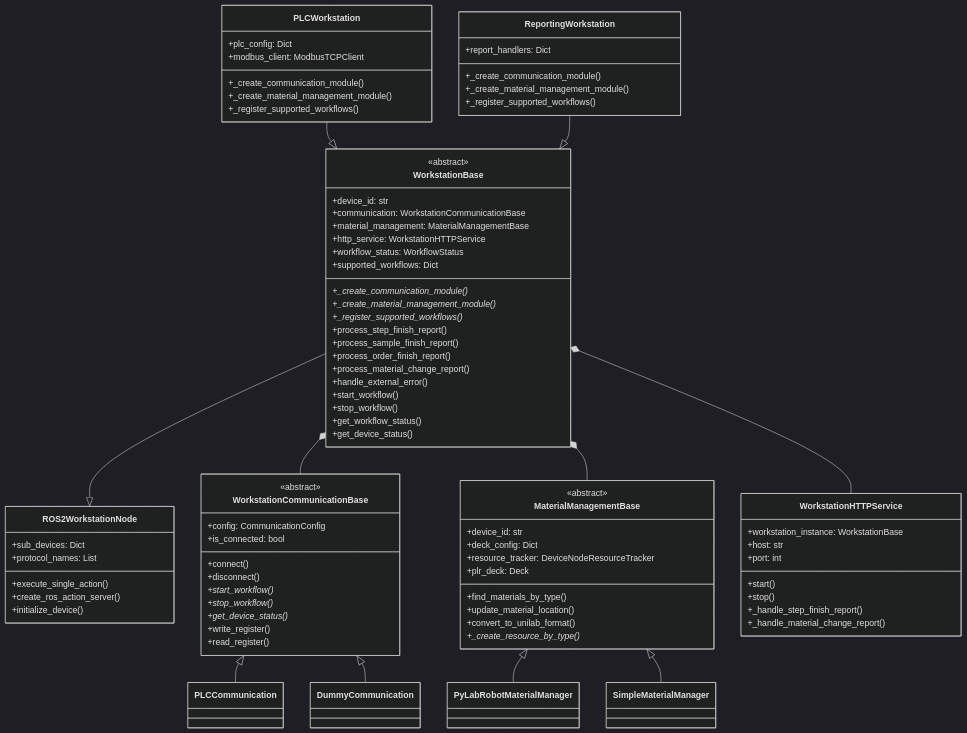
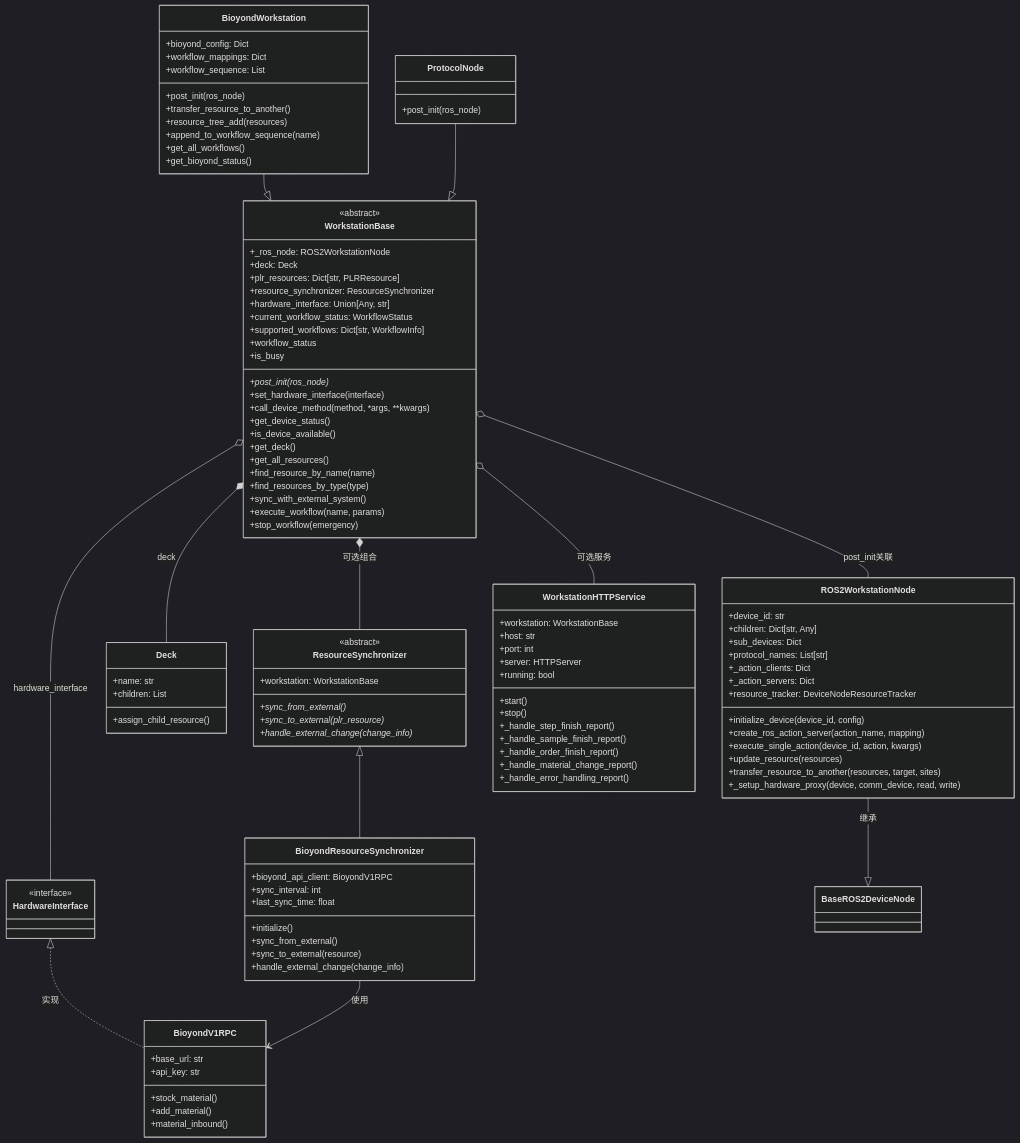
Before and after one commit to dptech-corp/Uni-Lab-OS: the fourth of 8 diagrams in docs/developer_guide/workstation_architecture.md, drawn with Mermaid (dark theme). The commit also changed other lines of this file and 23 other files, not shown here.

````diff
--- a/docs/developer_guide/workstation_architecture.md
+++ b/docs/developer_guide/workstation_architecture.md
@@ -49,99 +163,140 @@
-```mermaid
+```{mermaid}
 classDiagram
     class WorkstationBase {
         <<abstract>>
+        +_ros_node: ROS2WorkstationNode
+        +deck: Deck
+        +plr_resources: Dict[str, PLRResource]
+        +resource_synchronizer: ResourceSynchronizer
+        +hardware_interface: Union[Any, str]
+        +current_workflow_status: WorkflowStatus
+        +supported_workflows: Dict[str, WorkflowInfo]
+    
+        +post_init(ros_node)*
+        +set_hardware_interface(interface)
+        +call_device_method(method, *args, **kwargs)
+        +get_device_status()
+        +is_device_available()
+    
+        +get_deck()
+        +get_all_resources()
+        +find_resource_by_name(name)
+        +find_resources_by_type(type)
+        +sync_with_external_system()
+    
+        +execute_workflow(name, params)
+        +stop_workflow(emergency)
+        +workflow_status
+        +is_busy
+    }
+  
+    class ROS2WorkstationNode {
         +device_id: str
-        +communication: WorkstationCommunicationBase
-        +material_management: MaterialManagementBase
-        +http_service: WorkstationHTTPService
-        +workflow_status: WorkflowStatus
-        +supported_workflows: Dict
-        
-        +_create_communication_module()* 
-        +_create_material_management_module()*
-        +_register_supported_workflows()*
-        
-        +process_step_finish_report()
-        +process_sample_finish_report()
-        +process_order_finish_report()
-        +process_material_change_report()
-        +handle_external_error()
-        
-        +start_workflow()
-        +stop_workflow()
-        +get_workflow_status()
-        +get_device_status()
+        +children: Dict[str, Any]
+        +sub_devices: Dict
+        +protocol_names: List[str]
+        +_action_clients: Dict
+        +_action_servers: Dict
+        +resource_tracker: DeviceNodeResourceTracker
+    
+        +initialize_device(device_id, config)
+        +create_ros_action_server(action_name, mapping)
+        +execute_single_action(device_id, action, kwargs)
+        +update_resource(resources)
+        +transfer_resource_to_another(resources, target, sites)
+        +_setup_hardware_proxy(device, comm_device, read, write)
     }
+  
+    %% 物料管理相关类
+    class Deck {
+        +name: str
+        +children: List
+        +assign_child_resource()
+    }
+  
+    class ResourceSynchronizer {
+        <<abstract>>
+        +workstation: WorkstationBase
+        +sync_from_external()*
+        +sync_to_external(plr_resource)*
+        +handle_external_change(change_info)*
+    }
+  
+    class BioyondResourceSynchronizer {
+        +bioyond_api_client: BioyondV1RPC
+        +sync_interval: int
+        +last_sync_time: float
     
-    class ROS2WorkstationNode {
-        +sub_devices: Dict
-        +protocol_names: List
-        +execute_single_action()
-        +create_ros_action_server()
-        +initialize_device()
+        +initialize()
+        +sync_from_external()
+        +sync_to_external(resource)
+        +handle_external_change(change_info)
     }
-    
-    class WorkstationCommunicationBase {
-        <<abstract>>
-        +config: CommunicationConfig
-        +is_connected: bool
-        +connect()
-        +disconnect()
-        +start_workflow()*
-        +stop_workflow()*
-        +get_device_status()*
-        +write_register()
-        +read_register()
+  
+    %% 硬件接口相关类
+    class HardwareInterface {
+        <<interface>>
     }
-    
-    class MaterialManagementBase {
-        <<abstract>>
-        +device_id: str
-        +deck_config: Dict
-        +resource_tracker: DeviceNodeResourceTracker
-        +plr_deck: Deck
-        +find_materials_by_type()
-        +update_material_location()
-        +convert_to_unilab_format()
-        +_create_resource_by_type()*
+  
+    class BioyondV1RPC {
+        +base_url: str
+        +api_key: str
+        +stock_material()
+        +add_material()
+        +material_inbound()
     }
-    
+  
+    %% 服务类
     class WorkstationHTTPService {
-        +workstation_instance: WorkstationBase
+        +workstation: WorkstationBase
         +host: str
         +port: int
+        +server: HTTPServer
+        +running: bool
+    
         +start()
         +stop()
         +_handle_step_finish_report()
+        +_handle_sample_finish_report()
+        +_handle_order_finish_report()
         +_handle_material_change_report()
+        +_handle_error_handling_report()
     }
+  
+    %% 具体实现类
+    class BioyondWorkstation {
+        +bioyond_config: Dict
+        +workflow_mappings: Dict
+        +workflow_sequence: List
     
-    class PLCWorkstation {
-        +plc_config: Dict
-        +modbus_client: ModbusTCPClient
-        +_create_communication_module()
-        +_create_material_management_module()
-        +_register_supported_workflows()
+        +post_init(ros_node)
+        +transfer_resource_to_another()
+        +resource_tree_add(resources)
+        +append_to_workflow_sequence(name)
+        +get_all_workflows()
+        +get_bioyond_status()
     }
-    
-    class ReportingWorkstation {
-        +report_handlers: Dict
-        +_create_communication_module()
-        +_create_material_management_module()
-        +_register_supported_workflows()
+  
+    class ProtocolNode {
+        +post_init(ros_node)
     }
-    
-    WorkstationBase --|> ROS2WorkstationNode
-    WorkstationBase *-- WorkstationCommunicationBase
-    WorkstationBase *-- MaterialManagementBase
-    WorkstationBase *-- WorkstationHTTPService
-    
-    PLCWorkstation --|> WorkstationBase
-    ReportingWorkstation --|> WorkstationBase
-    
-    WorkstationCommunicationBase <|-- PLCCommunication
-    WorkstationCommunicationBase <|-- DummyCommunication
-    
-    MaterialManagementBase <|-- PyLabRobotMaterialManager
-    MaterialManagementBase <|-- SimpleMaterialManager
+  
+    %% 核心关系
+    WorkstationBase o-- ROS2WorkstationNode : post_init关联
+    WorkstationBase o-- WorkstationHTTPService : 可选服务
+  
+    %% 物料管理侧
+    WorkstationBase *-- Deck : deck
+    WorkstationBase *-- ResourceSynchronizer : 可选组合
+    ResourceSynchronizer <|-- BioyondResourceSynchronizer
+  
+    %% 硬件接口侧
+    WorkstationBase o-- HardwareInterface : hardware_interface
+    HardwareInterface <|.. BioyondV1RPC : 实现
+    BioyondResourceSynchronizer --> BioyondV1RPC : 使用
+  
+    %% 继承关系
+    BioyondWorkstation --|> WorkstationBase
+    ProtocolNode --|> WorkstationBase
+    ROS2WorkstationNode --|> BaseROS2DeviceNode : 继承
 ```
````
